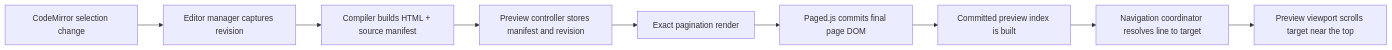
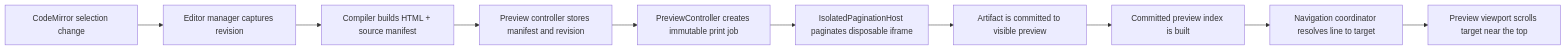
One commit to vtvfdccvn4-crypto/clean-writer changed the diagram in docs/developer/preview-navigation.md. Above: the diagram before and after it, drawn with Mermaid. The commit also changed other lines of this file and 223 other files, not shown here.

````diff
--- a/docs/developer/preview-navigation.md
+++ b/docs/developer/preview-navigation.md
@@ -15,11 +15,12 @@
 ```mermaid
 flowchart LR
   A[CodeMirror selection change] --> B[Editor manager captures revision]
   B --> C[Compiler builds HTML + source manifest]
   C --> D[Preview controller stores manifest and revision]
-  D --> E[Exact pagination render]
-  E --> F[Paged.js commits final page DOM]
-  F --> G[Committed preview index is built]
-  G --> H[Navigation coordinator resolves line to target]
-  H --> I[Preview viewport scrolls target near the top]
+  D --> E[PreviewController creates immutable print job]
+  E --> F[IsolatedPaginationHost paginates disposable iframe]
+  F --> G[Artifact is committed to visible preview]
+  G --> H[Committed preview index is built]
+  H --> I[Navigation coordinator resolves line to target]
+  I --> J[Preview viewport scrolls target near the top]
 ```
````
